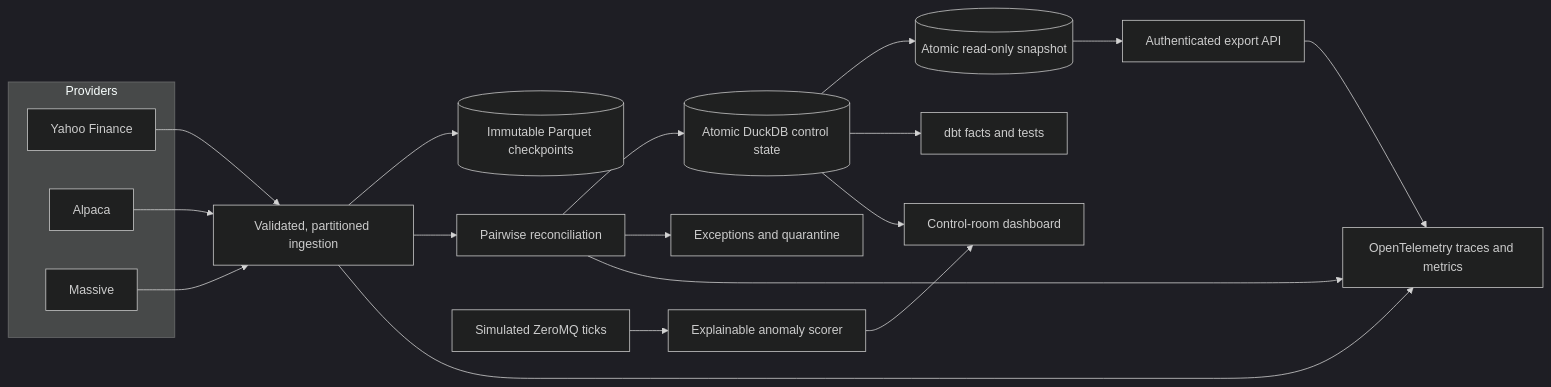
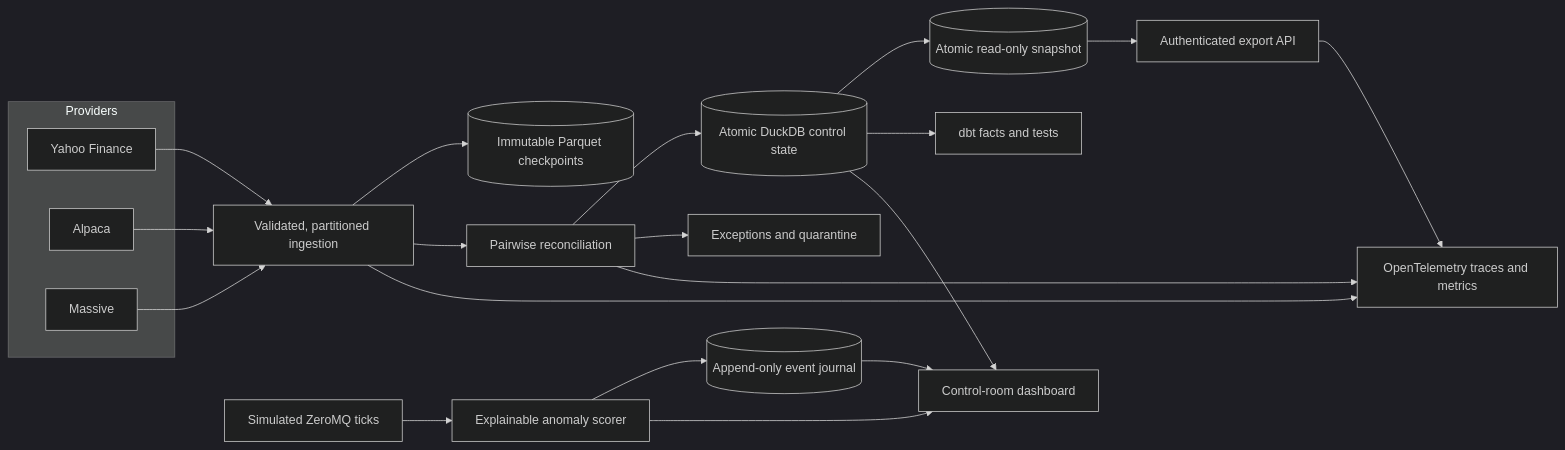
The diagram in README.md (VivekReddy10-08-2004/Automated-reconciliation-engine), drawn with Mermaid (dark theme) before and after one commit. The commit also changed other lines of this file and 14 other files, not shown here.

````diff
--- a/README.md
+++ b/README.md
@@ -6,23 +6,25 @@
 ```mermaid
 flowchart LR
     subgraph Providers
         Y[Yahoo Finance]
         A[Alpaca]
         M[Massive]
     end
 
     Y & A & M --> I[Validated, partitioned ingestion]
     I --> P[(Immutable Parquet checkpoints)]
     I --> R[Pairwise reconciliation]
     R --> D[(Atomic DuckDB control state)]
     R --> E[Exceptions and quarantine]
     D --> S[(Atomic read-only snapshot)]
     S --> API[Authenticated export API]
     D --> DBT[dbt facts and tests]
     D --> UI[Control-room dashboard]
 
     Z[Simulated ZeroMQ ticks] --> AS[Explainable anomaly scorer]
+    AS --> J[(Append-only event journal)]
     AS --> UI
+    J --> UI
 
     I & R & API --> O[OpenTelemetry traces and metrics]
 ```
````
